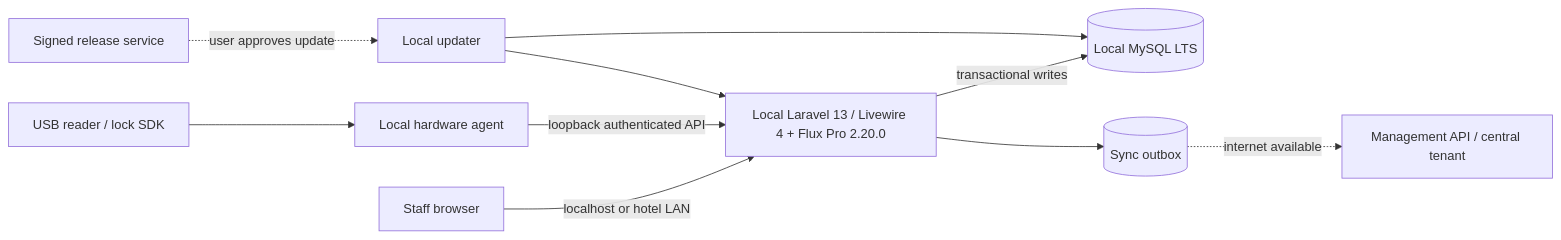
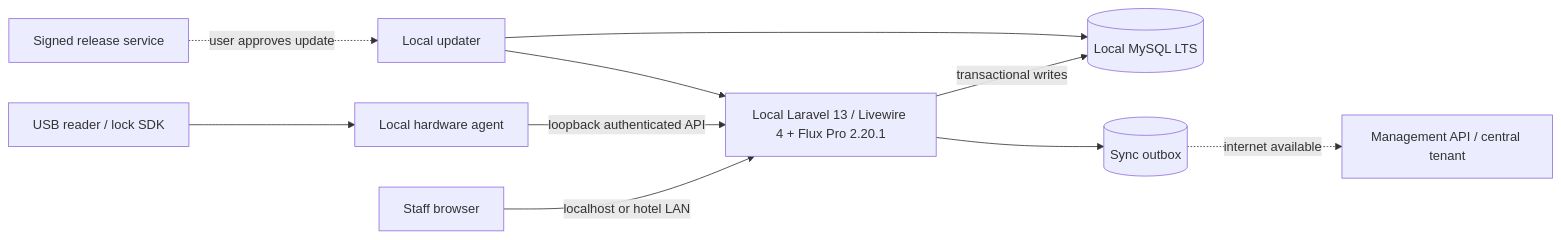
One commit to mryunkaka/hotel_bome changed the second of 2 diagrams in docs/AI_PROJECT_CONTEXT.md. Above: the diagram before and after it, drawn with Mermaid. The commit also changed other lines of this file and 208 other files, not shown here.

````diff
--- a/docs/AI_PROJECT_CONTEXT.md
+++ b/docs/AI_PROJECT_CONTEXT.md
@@ -154,12 +160,12 @@
 ```mermaid
 flowchart LR
-    Staff[Staff browser] -->|localhost or hotel LAN| Web[Local Laravel 13 / Livewire 4 + Flux Pro 2.20.0]
+    Staff[Staff browser] -->|localhost or hotel LAN| Web[Local Laravel 13 / Livewire 4 + Flux Pro 2.20.1]
     Reader[USB reader / lock SDK] --> Agent[Local hardware agent]
     Agent -->|loopback authenticated API| Web
     Web -->|transactional writes| DB[(Local MySQL LTS)]
     Web --> Outbox[(Sync outbox)]
     Outbox -. internet available .-> Cloud[Management API / central tenant]
     Updates[Signed release service] -. user approves update .-> Updater[Local updater]
     Updater --> Web
     Updater --> DB
 ```
````
